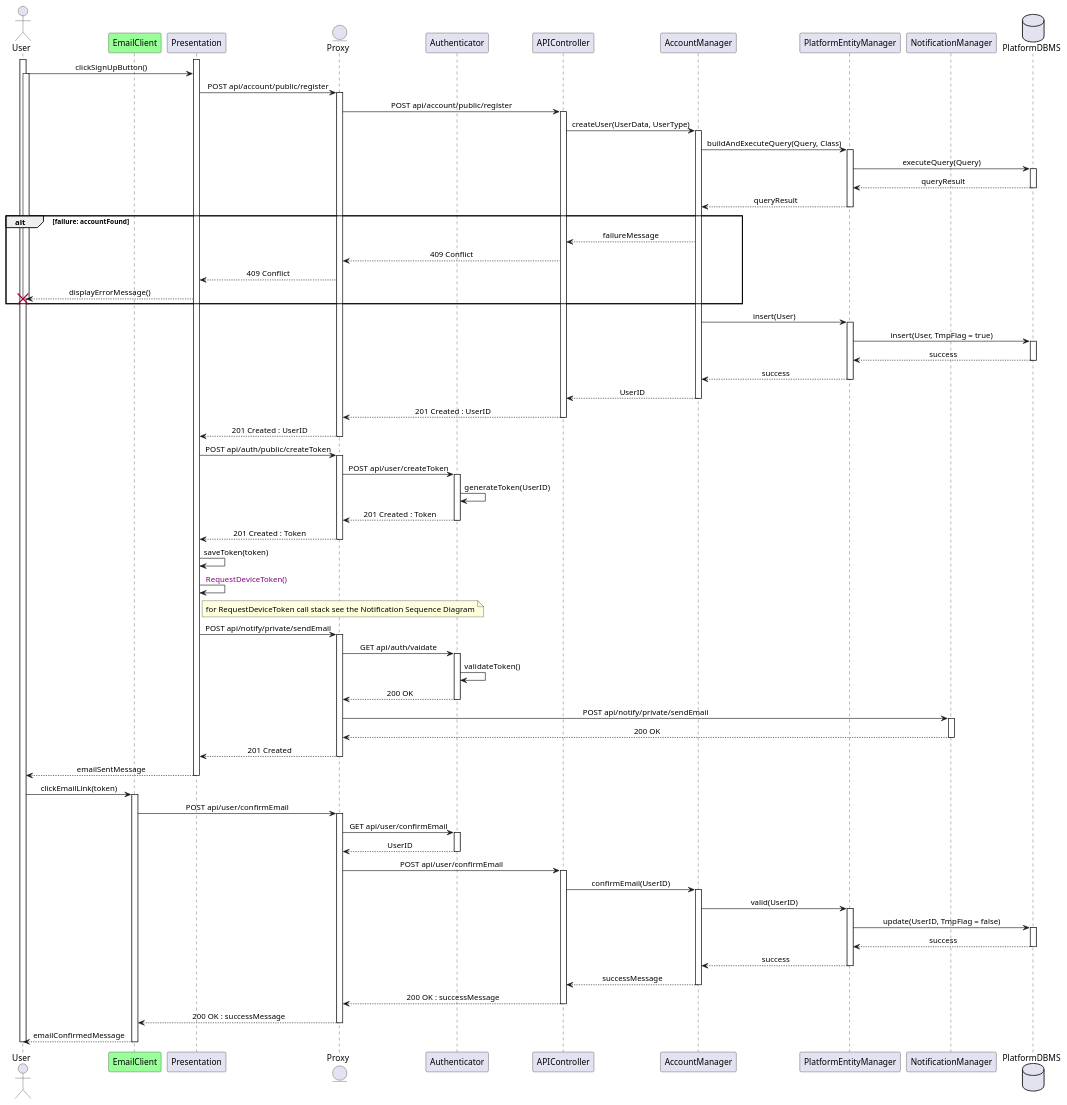
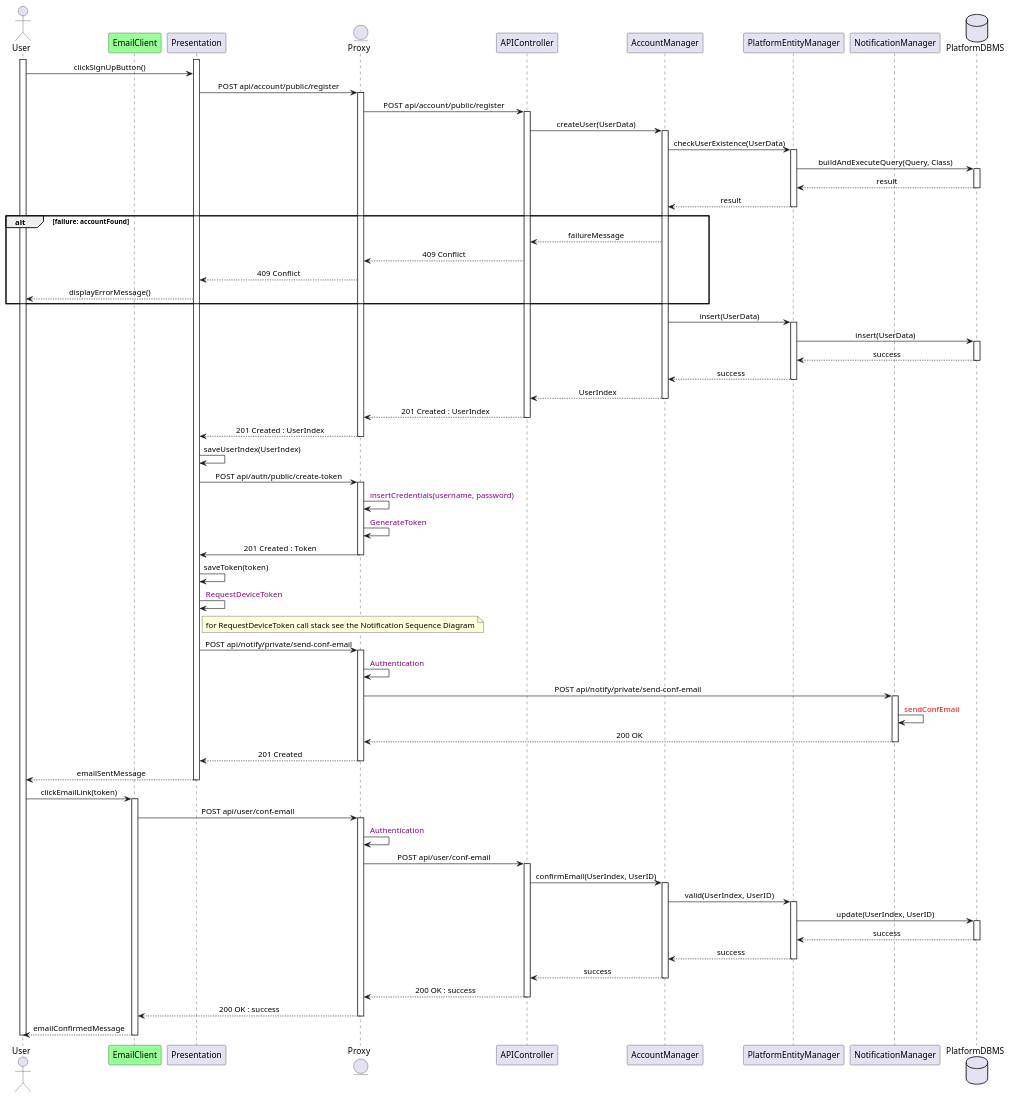
One commit to Slaitroc/RicciPaoliGrisoni changed the diagram in Diagrams/SequenceDiagrams/DD/1UserRegistration.wsd. Above: the diagram before and after it, drawn with PlantUML.

Commit message:
Refactor 1UserRegistration.wsd SequenceDiagram

```diff
--- a/Diagrams/SequenceDiagrams/DD/1UserRegistration.wsd
+++ b/Diagrams/SequenceDiagrams/DD/1UserRegistration.wsd
@@ -2,110 +2,104 @@
 @startuml Registration
 skinparam sequenceMessageAlign center
 actor       User
 participant EmailClient #99FF99
 participant Presentation
 entity      Proxy
-participant Authenticator
 participant APIController
 participant AccountManager
 participant PlatformEntityManager
 participant NotificationManager
 database    PlatformDBMS
 activate User
 activate Presentation
 User -> Presentation : clickSignUpButton()
-activate User
 Presentation -> Proxy : POST api/account/public/register
 activate Proxy
-
 Proxy -> APIController : POST api/account/public/register
 activate APIController
-APIController -> AccountManager : createUser(UserData, UserType)
+APIController -> AccountManager : createUser(UserData)
 activate AccountManager
-AccountManager -> PlatformEntityManager : buildAndExecuteQuery(Query, Class)
+AccountManager -> PlatformEntityManager : checkUserExistence(UserData)
 activate PlatformEntityManager
-PlatformEntityManager -> PlatformDBMS : executeQuery(Query)
+PlatformEntityManager -> PlatformDBMS : buildAndExecuteQuery(Query, Class)
 activate PlatformDBMS
-PlatformDBMS --> PlatformEntityManager : queryResult
+PlatformDBMS --> PlatformEntityManager : result
 deactivate PlatformDBMS
-PlatformEntityManager --> AccountManager : queryResult
+PlatformEntityManager --> AccountManager : result
 deactivate PlatformEntityManager
 alt failure: accountFound
 AccountManager --> APIController : failureMessage
 APIController --> Proxy : 409 Conflict
 Proxy --> Presentation : 409 Conflict
-Presentation --> User !! : displayErrorMessage()
+Presentation --> User : displayErrorMessage()
 end
-AccountManager -> PlatformEntityManager : insert(User)
+AccountManager -> PlatformEntityManager : insert(UserData)
 activate PlatformEntityManager
-PlatformEntityManager -> PlatformDBMS : insert(User, TmpFlag = true)
+PlatformEntityManager -> PlatformDBMS : insert(UserData)
 activate PlatformDBMS
 PlatformDBMS --> PlatformEntityManager : success
 deactivate PlatformDBMS
 PlatformEntityManager --> AccountManager : success
 deactivate PlatformEntityManager
-AccountManager --> APIController : UserID
+AccountManager --> APIController : UserIndex
 deactivate AccountManager
-APIController --> Proxy : 201 Created : UserID
+APIController --> Proxy : 201 Created : UserIndex
 deactivate APIController
-Proxy --> Presentation : 201 Created : UserID
+Proxy --> Presentation : 201 Created : UserIndex
 deactivate Proxy
-Presentation -> Proxy : POST api/auth/public/createToken
+Presentation -> Presentation : saveUserIndex(UserIndex)
+Presentation -> Proxy : POST api/auth/public/create-token
 activate Proxy
-Proxy -> Authenticator: POST api/user/createToken
-activate Authenticator
-Authenticator -> Authenticator : generateToken(UserID)
-Authenticator --> Proxy : 201 Created : Token
-deactivate Authenticator
-Proxy --> Presentation : 201 Created : Token
+Proxy -> Proxy  : <color:purple> insertCredentials(username, password)
+Proxy -> Proxy : <color:purple> GenerateToken
+Proxy -> Presentation : 201 Created : Token
 deactivate Proxy
+' Proxy -> Authenticator: POST api/user/create-token
+' activate Authenticator
+' Authenticator -> Authenticator : generateToken()
+' Authenticator --> Proxy : 201 Created : Token
+' deactivate Authenticator
+' Proxy --> Presentation : 201 Created : Token
 Presentation -> Presentation : saveToken(token)
-Presentation -> Presentation : <color:purple> RequestDeviceToken()
+Presentation -> Presentation : <color:purple> RequestDeviceToken
 note right of Presentation : for RequestDeviceToken call stack see the Notification Sequence Diagram 
-Presentation -> Proxy : POST api/notify/private/sendEmail
+Presentation -> Proxy : POST api/notify/private/send-conf-email
 activate Proxy
-Proxy -> Authenticator : GET api/auth/vaidate
-activate Authenticator
-Authenticator -> Authenticator : validateToken()
-Authenticator --> Proxy : 200 OK
-deactivate Authenticator
-Proxy -> NotificationManager : POST api/notify/private/sendEmail
+Proxy -> Proxy : <color:purple> Authentication
+Proxy -> NotificationManager : POST api/notify/private/send-conf-email
 activate NotificationManager
+NotificationManager -> NotificationManager : <color:red> sendConfEmail
 NotificationManager --> Proxy : 200 OK
 deactivate NotificationManager
 Proxy --> Presentation : 201 Created
 deactivate Proxy
 Presentation --> User : emailSentMessage
 deactivate Presentation
 User -> EmailClient : clickEmailLink(token)
 activate EmailClient
-EmailClient -> Proxy : POST api/user/confirmEmail
+EmailClient -> Proxy : POST api/user/conf-email
 activate Proxy
-Proxy -> Authenticator : GET api/user/confirmEmail
-activate Authenticator
-Authenticator --> Proxy : UserID
-deactivate Authenticator
-Proxy -> APIController : POST api/user/confirmEmail
+Proxy -> Proxy : <color:purple> Authentication
+Proxy -> APIController : POST api/user/conf-email
 activate APIController
-APIController -> AccountManager : confirmEmail(UserID)
-deactivate Authenticator
+APIController -> AccountManager : confirmEmail(UserIndex, UserID)
 activate AccountManager
-AccountManager -> PlatformEntityManager : valid(UserID) 
+AccountManager -> PlatformEntityManager : valid(UserIndex, UserID) 
 activate PlatformEntityManager
-PlatformEntityManager -> PlatformDBMS : update(UserID, TmpFlag = false)
+PlatformEntityManager -> PlatformDBMS : update(UserIndex, UserID)
 activate PlatformDBMS
 PlatformDBMS --> PlatformEntityManager : success
 deactivate PlatformDBMS
 PlatformEntityManager --> AccountManager : success
 deactivate PlatformEntityManager
-AccountManager --> APIController : successMessage
+AccountManager --> APIController : success
 deactivate AccountManager
-APIController --> Proxy : 200 OK : successMessage
+APIController --> Proxy : 200 OK : success
 deactivate APIController
-Proxy --> EmailClient :  200 OK : successMessage
+Proxy --> EmailClient :  200 OK : success
 deactivate Proxy
 EmailClient --> User : emailConfirmedMessage
 deactivate EmailClient
 deactivate Proxy
 deactivate User 
 @enduml
```
